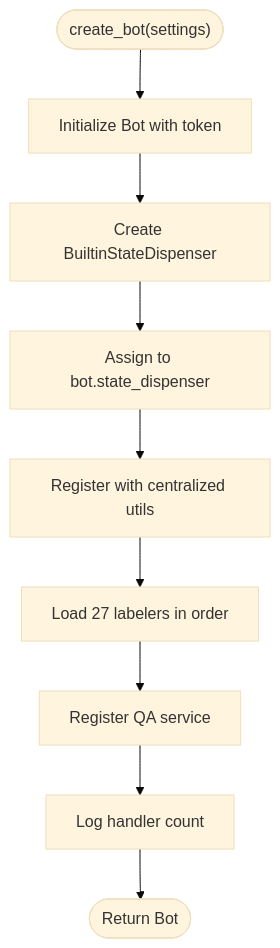
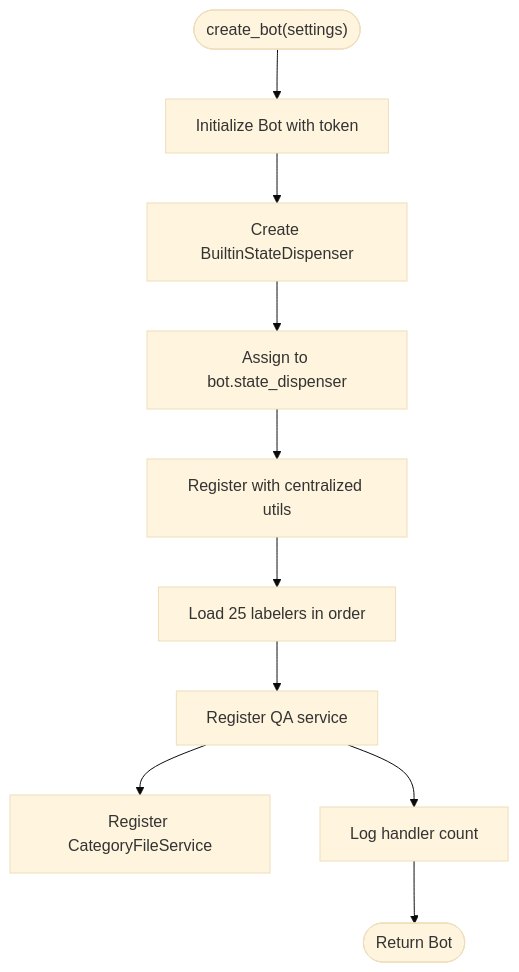
Before and after one commit to ognelis/cafetera_hr_bot: diagram 22 of 29 in .qoder/repowiki/en/content/VK Integration/VK Integration.md, drawn with Mermaid (base theme). The commit also changed other lines of this file and 139 other files, not shown here.

````diff
--- a/.qoder/repowiki/en/content/VK Integration/VK Integration.md
+++ b/.qoder/repowiki/en/content/VK Integration/VK Integration.md
@@ -1177,11 +1164,12 @@
 ```mermaid
 flowchart TD
 Start(["create_bot(settings)"]) --> Init["Initialize Bot with token"]
 Init --> ShareState["Create BuiltinStateDispenser"]
 ShareState --> AssignSD["Assign to bot.state_dispenser"]
 AssignSD --> RegisterSD["Register with centralized utils"]
-RegisterSD --> LoadHandlers["Load 27 labelers in order"]
+RegisterSD --> LoadHandlers["Load 25 labelers in order"]
 LoadHandlers --> RegisterServices["Register QA service"]
+RegisterServices --> RegisterCategoryService["Register CategoryFileService"]
 RegisterServices --> Log["Log handler count"]
 Log --> ReturnBot(["Return Bot"])
 ```
````
